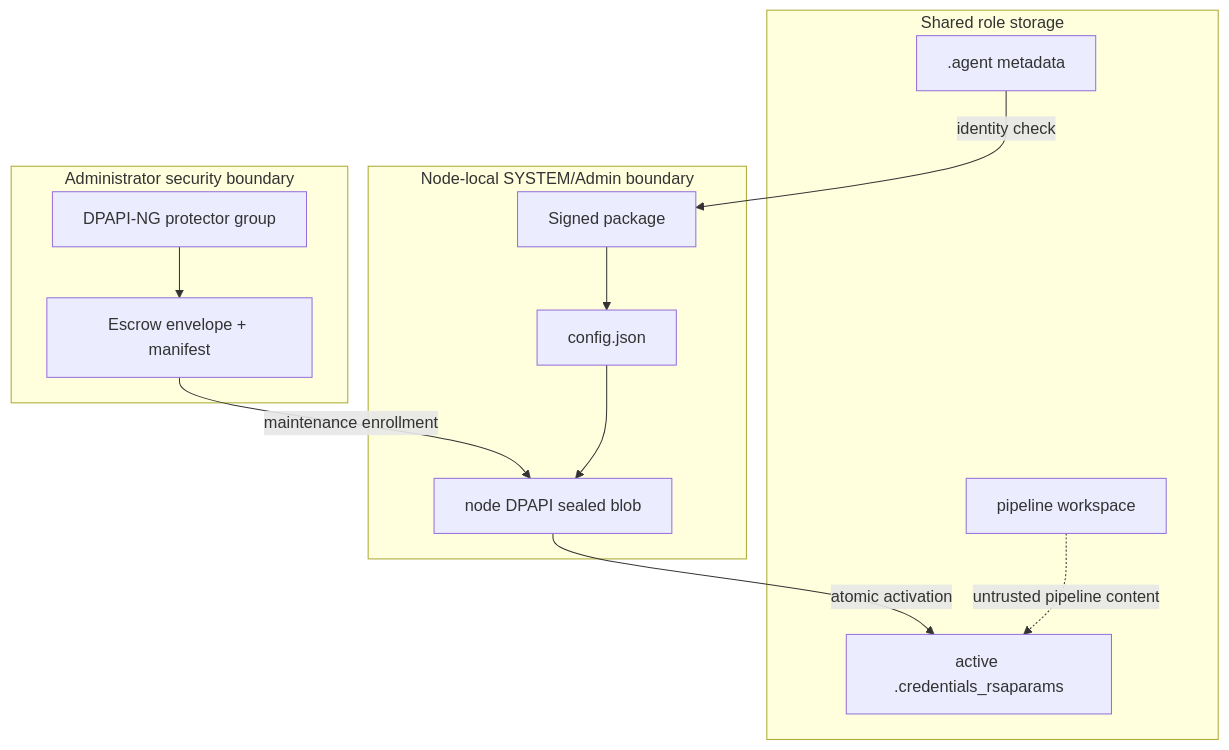
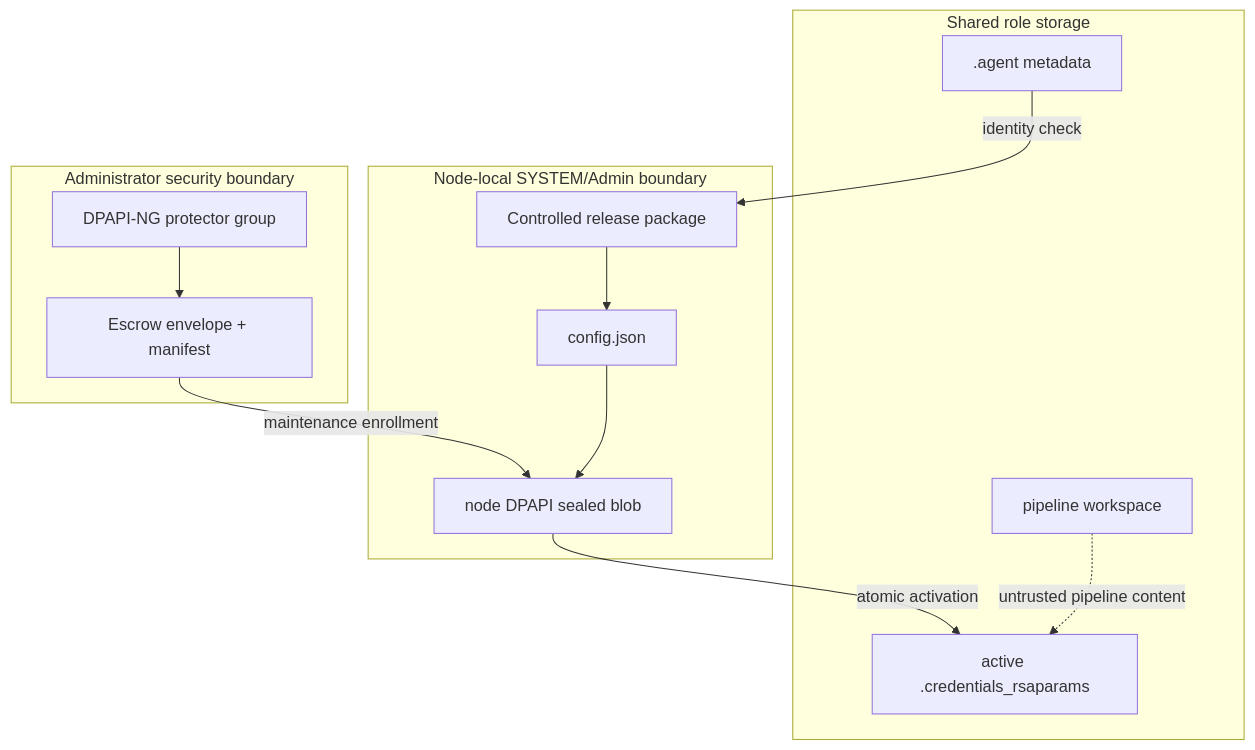
Before and after one commit to scrunter/adoagent: the diagram in docs/architecture-and-threat-model.md, drawn with Mermaid. The commit also changed other lines of this file and 37 other files, not shown here.

````diff
--- a/docs/architecture-and-threat-model.md
+++ b/docs/architecture-and-threat-model.md
@@ -31,24 +31,24 @@
 ```mermaid
 flowchart TB
     subgraph Admin["Administrator security boundary"]
       G["DPAPI-NG protector group"]
       E["Escrow envelope + manifest"]
     end
     subgraph Node["Node-local SYSTEM/Admin boundary"]
-      P["Signed package"]
+      P["Controlled release package"]
       C["config.json"]
       N["node DPAPI sealed blob"]
     end
     subgraph Shared["Shared role storage"]
       M[".agent metadata"]
       K["active .credentials_rsaparams"]
       W["pipeline workspace"]
     end
     G --> E
     E -->|"maintenance enrollment"| N
     P --> C
     C --> N
     N -->|"atomic activation"| K
     M -->|"identity check"| P
     W -. "untrusted pipeline content" .-> K
 ```
````
